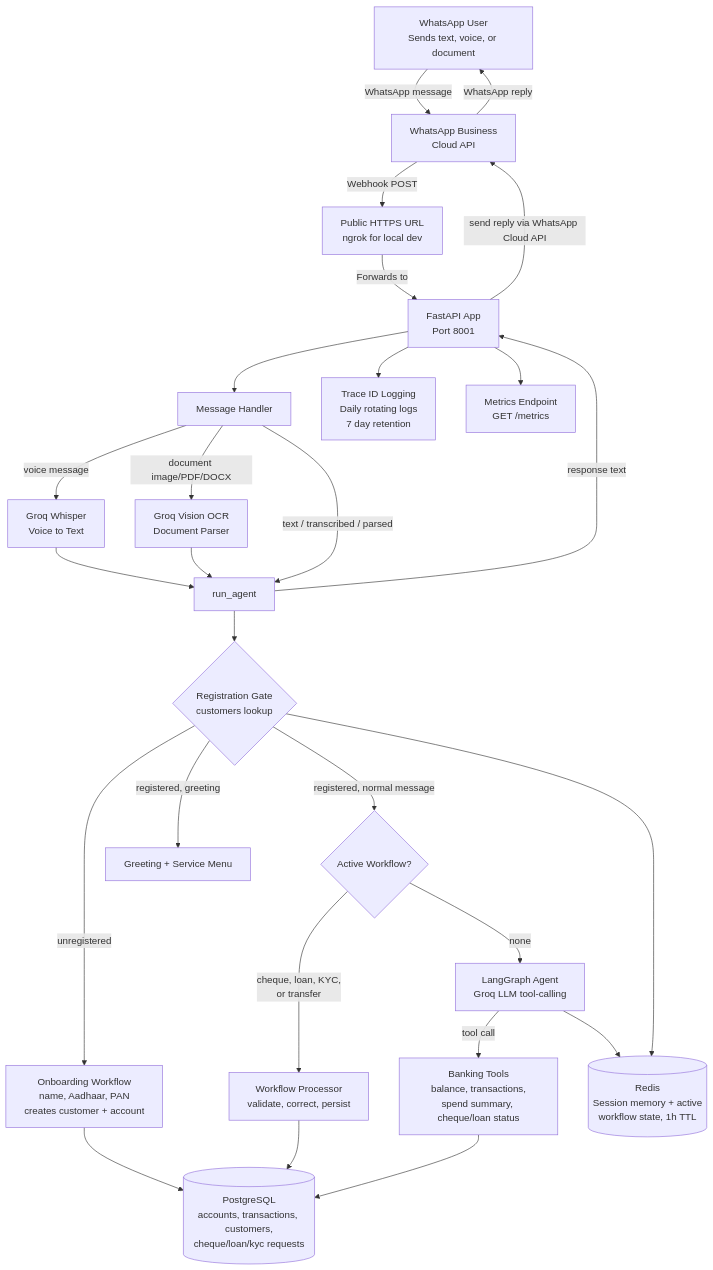
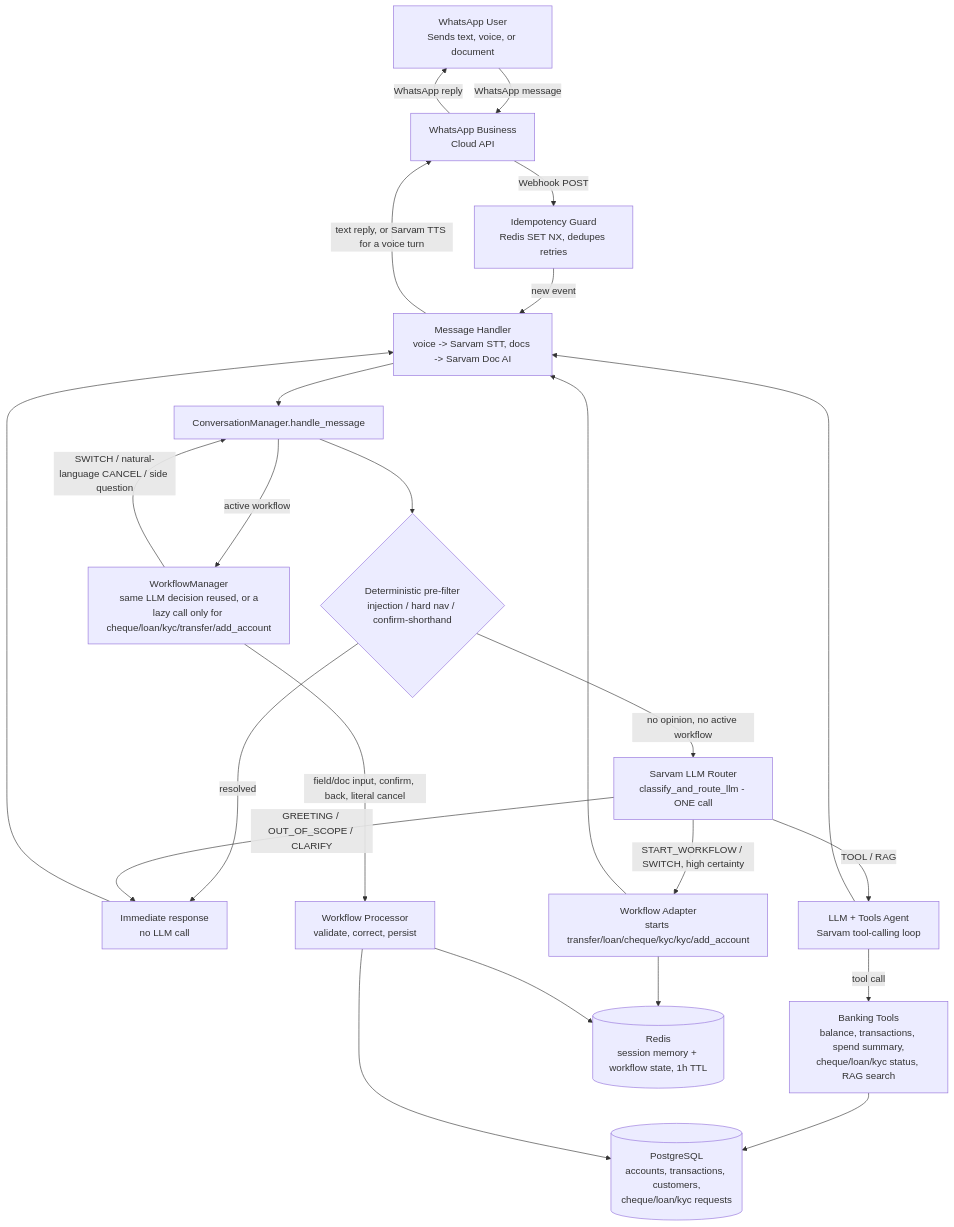
Before and after one commit to thotachinmai-hash/Whatsapp_banking: the diagram in README.md, drawn with Mermaid. The commit also changed other lines of this file and 36 other files, not shown here.

````diff
--- a/README.md
+++ b/README.md
@@ -28,29 +39,26 @@
 ```mermaid
 flowchart TD
     A[WhatsApp User\nSends text, voice, or document] -->|WhatsApp message| B[WhatsApp Business\nCloud API]
-    B -->|Webhook POST| C[Public HTTPS URL\nngrok for local dev]
-    C -->|Forwards to| D[FastAPI App\nPort 8001]
-    D --> E[Message Handler]
-    E -->|voice message| F[Groq Whisper\nVoice to Text]
-    E -->|document image/PDF/DOCX| DOC[Groq Vision OCR\nDocument Parser]
-    E -->|text / transcribed / parsed| G[run_agent]
-    F --> G
-    DOC --> G
-    G --> RG{Registration Gate\ncustomers lookup}
-    RG -->|unregistered| ONB[Onboarding Workflow\nname, Aadhaar, PAN\ncreates customer + account]
-    RG -->|registered, greeting| MENU[Greeting + Service Menu]
-    RG -->|registered, normal message| WF{Active Workflow?}
-    WF -->|cheque, loan, KYC,\nor transfer| CHQ[Workflow Processor\nvalidate, correct, persist]
-    WF -->|none| H[LangGraph Agent\nGroq LLM tool-calling]
-    H -->|tool call| I[Banking Tools\nbalance, transactions,\nspend summary, cheque/loan status]
-    I --> J[(PostgreSQL\naccounts, transactions, customers,\ncheque/loan/kyc requests)]
-    ONB --> J
-    CHQ --> J
-    H --> K[(Redis\nSession memory + active\nworkflow state, 1h TTL)]
-    RG --> K
-    G -->|response text| D
-    D -->|send reply via WhatsApp Cloud API| B
+    B -->|Webhook POST| C[Idempotency Guard\nRedis SET NX, dedupes retries]
+    C -->|new event| D[Message Handler\nvoice -> Sarvam STT, docs -> Sarvam Doc AI]
+    D --> E[ConversationManager.handle_message]
+    E --> F{Deterministic pre-filter\ninjection / hard nav / confirm-shorthand}
+    F -->|resolved| G[Immediate response\nno LLM call]
+    F -->|no opinion, no active workflow| H[Sarvam LLM Router\nclassify_and_route_llm - ONE call]
+    H -->|GREETING / OUT_OF_SCOPE / CLARIFY| G
+    H -->|START_WORKFLOW / SWITCH, high certainty| WF1[Workflow Adapter\nstarts transfer/loan/cheque/kyc/kyc/add_account]
+    H -->|TOOL / RAG| AGENT[LLM + Tools Agent\nSarvam tool-calling loop]
+    E -->|active workflow| WM[WorkflowManager\nsame LLM decision reused, or a\nlazy call only for cheque/loan/kyc/transfer/add_account]
+    WM -->|field/doc input, confirm, back, literal cancel| PROC[Workflow Processor\nvalidate, correct, persist]
+    WM -->|SWITCH / natural-language CANCEL / side question| E
+    AGENT -->|tool call| TOOLS[Banking Tools\nbalance, transactions, spend summary,\ncheque/loan/kyc status, RAG search]
+    TOOLS --> DB[(PostgreSQL\naccounts, transactions, customers,\ncheque/loan/kyc requests)]
+    PROC --> DB
+    WF1 --> RS[(Redis\nsession memory + workflow state, 1h TTL)]
+    PROC --> RS
+    G --> D
+    AGENT --> D
+    WF1 --> D
+    D -->|text reply, or Sarvam TTS for a voice turn| B
     B -->|WhatsApp reply| A
-    D --> L[Trace ID Logging\nDaily rotating logs\n7 day retention]
-    D --> M[Metrics Endpoint\nGET /metrics]
 ```
````
